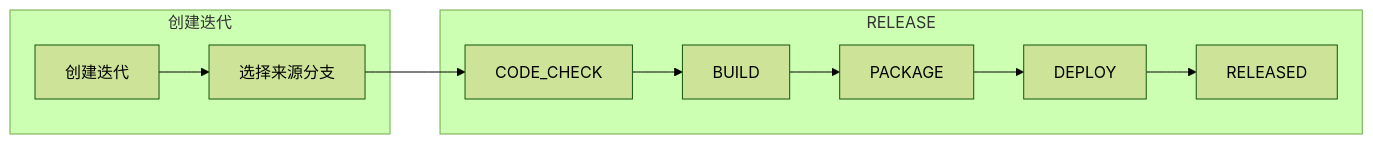
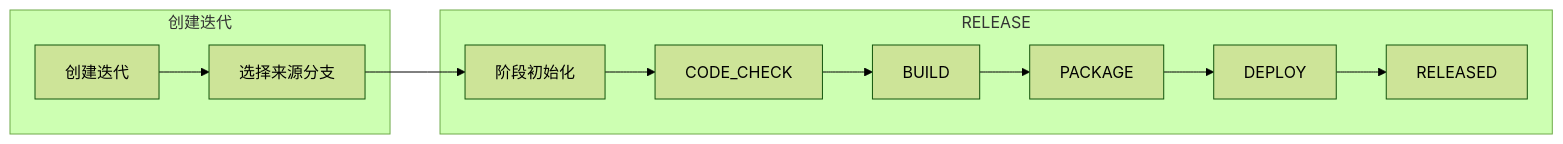
One commit to qdw497874677/high-code-doc changed the third of 8 diagrams in docs/plans/procode-platform/hld/hld.md. Above: the diagram before and after it, drawn with Mermaid (forest theme). The commit also changed other lines of this file, not shown here.

````diff
--- a/docs/plans/procode-platform/hld/hld.md
+++ b/docs/plans/procode-platform/hld/hld.md
@@ -134,14 +135,15 @@
 ```mermaid
 flowchart LR
     subgraph 创建迭代
         A1[创建迭代] --> A2[选择来源分支]
     end
 
     subgraph RELEASE
-        A2 --> B1[CODE_CHECK]
+        A2 --> B0[阶段初始化]
+        B0 --> B1[CODE_CHECK]
         B1 --> B2[BUILD]
         B2 --> B3[PACKAGE]
         B3 --> B4[DEPLOY]
         B4 --> B5[RELEASED]
     end
 ```
````
